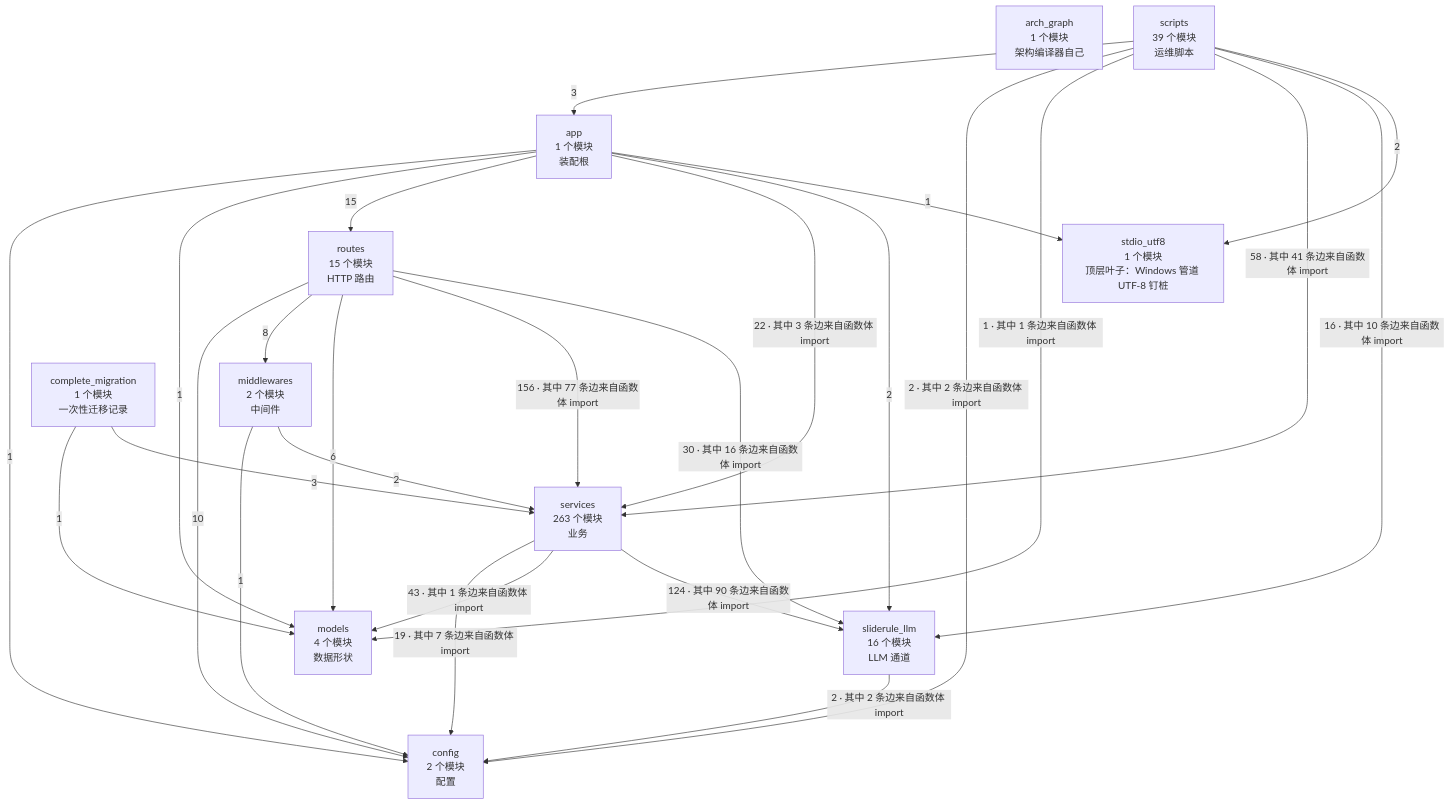
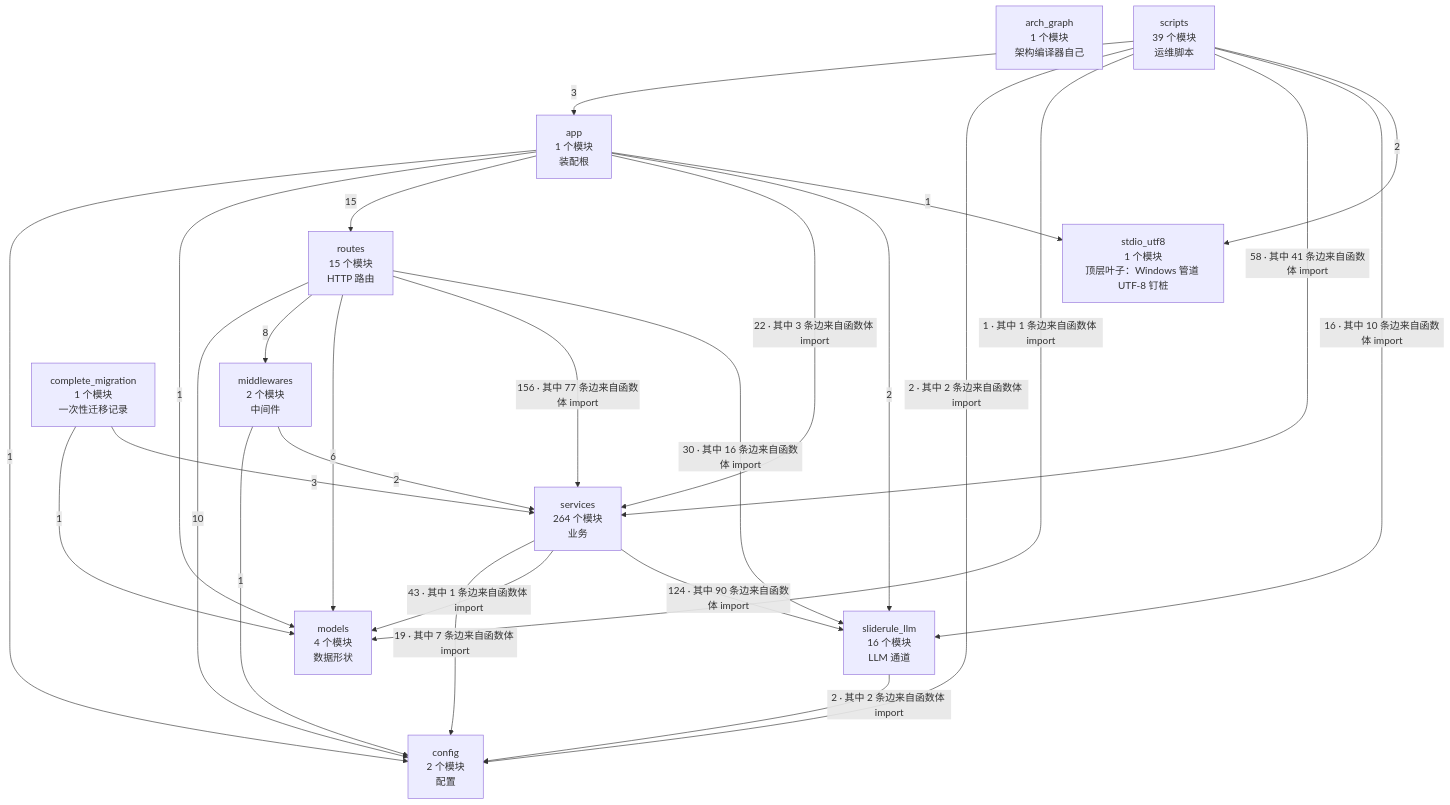
One commit to 2686521696/WhyBuddy changed the second of 4 diagrams in docs/SlideRule V6.2 架构图（自动生成）.md. Above: the diagram before and after it, drawn with Mermaid. The commit also changed other lines of this file and 36 other files, not shown here.

````diff
--- a/docs/SlideRule V6.2 架构图（自动生成）.md
+++ b/docs/SlideRule V6.2 架构图（自动生成）.md
@@ -62,39 +62,39 @@
 ```mermaid
 flowchart TB
   arch_graph["arch_graph<br/>1 个模块<br/>架构编译器自己"]
   config["config<br/>2 个模块<br/>配置"]
   models["models<br/>4 个模块<br/>数据形状"]
   stdio_utf8["stdio_utf8<br/>1 个模块<br/>顶层叶子：Windows 管道 UTF-8 钉桩"]
   sliderule_llm["sliderule_llm<br/>16 个模块<br/>LLM 通道"]
   middlewares["middlewares<br/>2 个模块<br/>中间件"]
-  services["services<br/>263 个模块<br/>业务"]
+  services["services<br/>264 个模块<br/>业务"]
   routes["routes<br/>15 个模块<br/>HTTP 路由"]
   app["app<br/>1 个模块<br/>装配根"]
   complete_migration["complete_migration<br/>1 个模块<br/>一次性迁移记录"]
   scripts["scripts<br/>39 个模块<br/>运维脚本"]
   app -->|1| config
   app -->|1| models
   app -->|15| routes
   app -->|22 · 其中 3 条边来自函数体 import| services
   app -->|2| sliderule_llm
   app -->|1| stdio_utf8
   complete_migration -->|1| models
   complete_migration -->|3| services
   middlewares -->|1| config
   middlewares -->|2| services
   routes -->|10| config
   routes -->|8| middlewares
   routes -->|6| models
   routes -->|156 · 其中 77 条边来自函数体 import| services
   routes -->|30 · 其中 16 条边来自函数体 import| sliderule_llm
   scripts -->|3| app
   scripts -->|2 · 其中 2 条边来自函数体 import| config
   scripts -->|1 · 其中 1 条边来自函数体 import| models
   scripts -->|58 · 其中 41 条边来自函数体 import| services
   scripts -->|16 · 其中 10 条边来自函数体 import| sliderule_llm
   scripts -->|2| stdio_utf8
   services -->|19 · 其中 7 条边来自函数体 import| config
   services -->|43 · 其中 1 条边来自函数体 import| models
   services -->|124 · 其中 90 条边来自函数体 import| sliderule_llm
   sliderule_llm -->|2 · 其中 2 条边来自函数体 import| config
 ```
````
